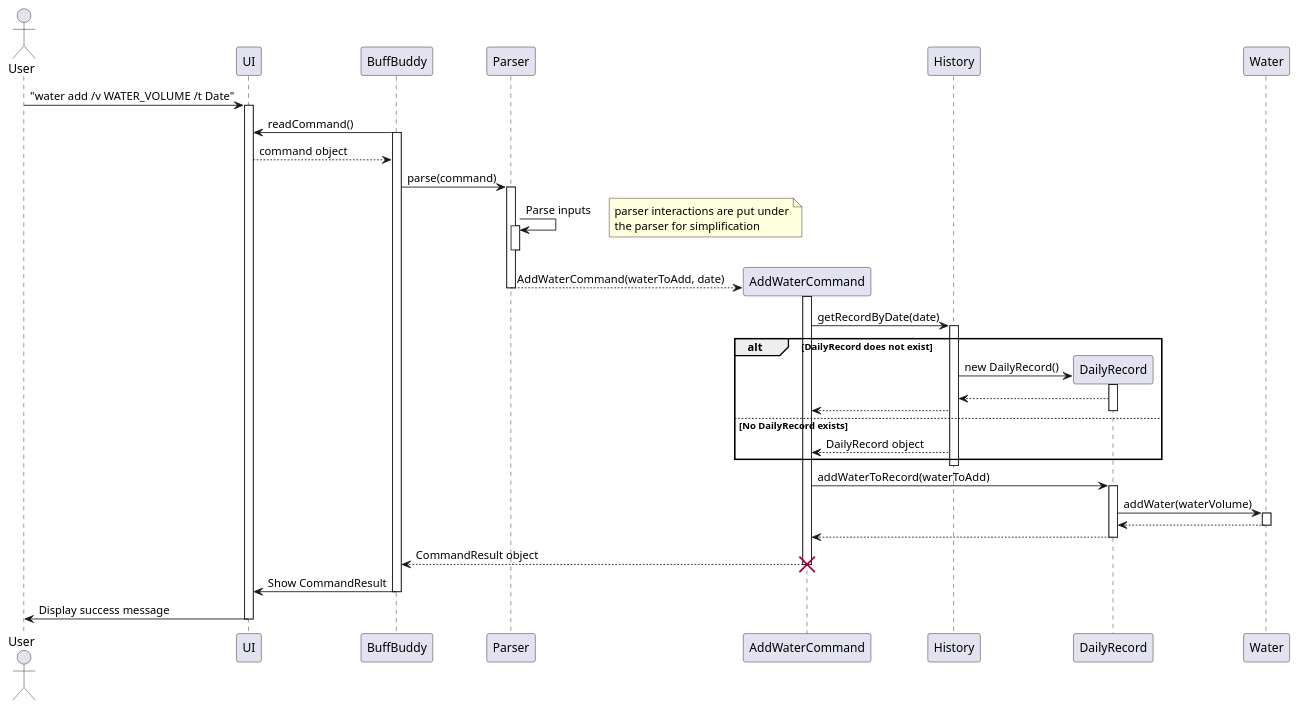
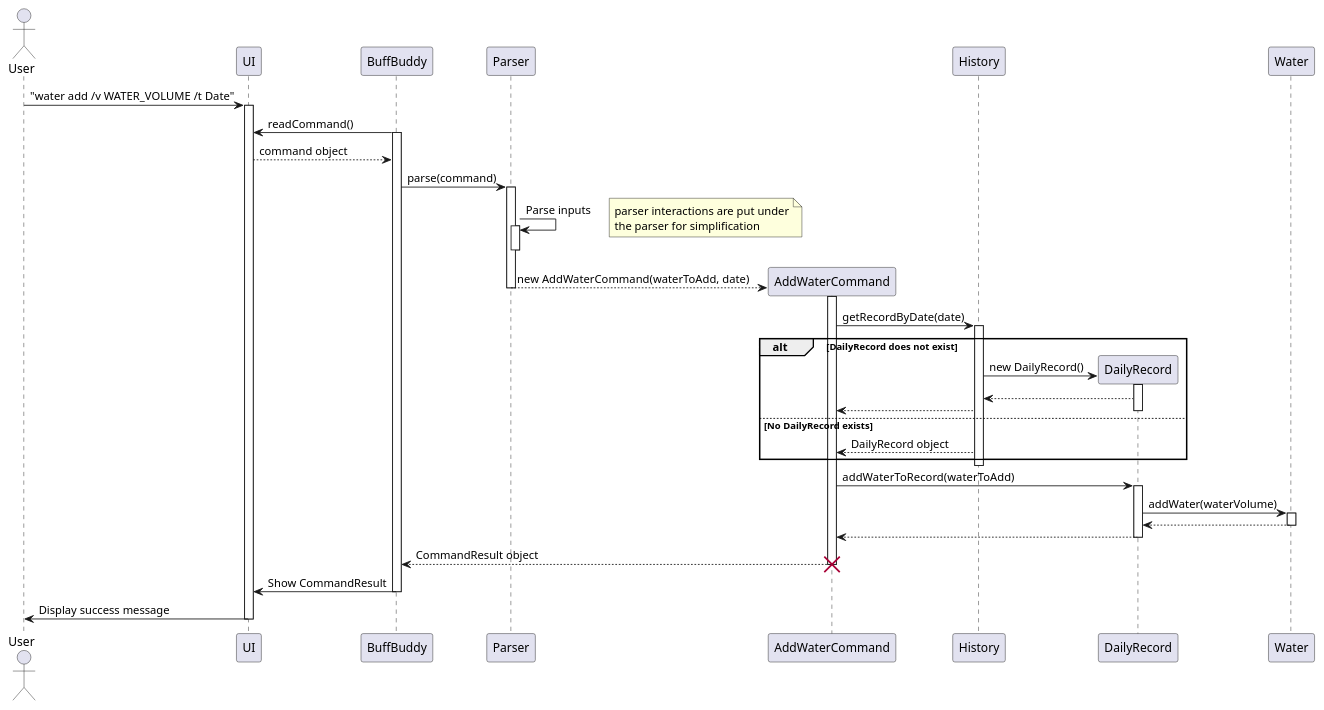
One commit to nus-cs2113-AY2425S1/tp changed the diagram in docs/diagrams/addWaterSequenceDiagram.puml. Above: the diagram before and after it, drawn with PlantUML. The commit also changed 4 other files, not shown here.

Commit message:
Make full seq diagram for felete and view water

```diff
--- a/docs/diagrams/addWaterSequenceDiagram.puml
+++ b/docs/diagrams/addWaterSequenceDiagram.puml
@@ -1,67 +1,67 @@
 @startuml
 actor User
 participant "UI" as UI
 participant "BuffBuddy" as BB
 participant "Parser" as Parser
 participant "AddWaterCommand" as AddCmd
 participant "History" as History
 participant "DailyRecord" as DailyRec
 
 User -> UI: "water add /v WATER_VOLUME /t Date"
 activate UI
 BB -> UI: readCommand()
 activate BB
 UI --> BB: command object
 BB -> Parser: parse(command)
 activate Parser
 Parser -> Parser : Parse inputs
 note right
 parser interactions are put under
 the parser for simplification
 end note
 activate Parser
 deactivate Parser
 create AddCmd
-Parser --> AddCmd: AddWaterCommand(waterToAdd, date)
+Parser --> AddCmd: new AddWaterCommand(waterToAdd, date)
 deactivate Parser
 
 activate AddCmd
 
 AddCmd -> History: getRecordByDate(date)
 activate History
 
 alt DailyRecord does not exist
   create DailyRec
   History -> DailyRec: new DailyRecord()
   activate DailyRec
   DailyRec --> History
   History --> AddCmd
   deactivate DailyRec
 else No DailyRecord exists
   History --> AddCmd: DailyRecord object
 end
 deactivate History
 
 AddCmd -> DailyRec: addWaterToRecord(waterToAdd)
 activate DailyRec
 
 DailyRec -> Water : addWater(waterVolume)
 activate Water
 
 Water --> DailyRec
 deactivate Water
 
 
 DailyRec --> AddCmd
 deactivate DailyRec
 
 AddCmd --> BB: CommandResult object
 deactivate AddCmd
 destroy AddCmd
 
 BB -> UI: Show CommandResult
 deactivate BB
 
 UI -> User: Display success message
 deactivate UI
 @enduml
```
